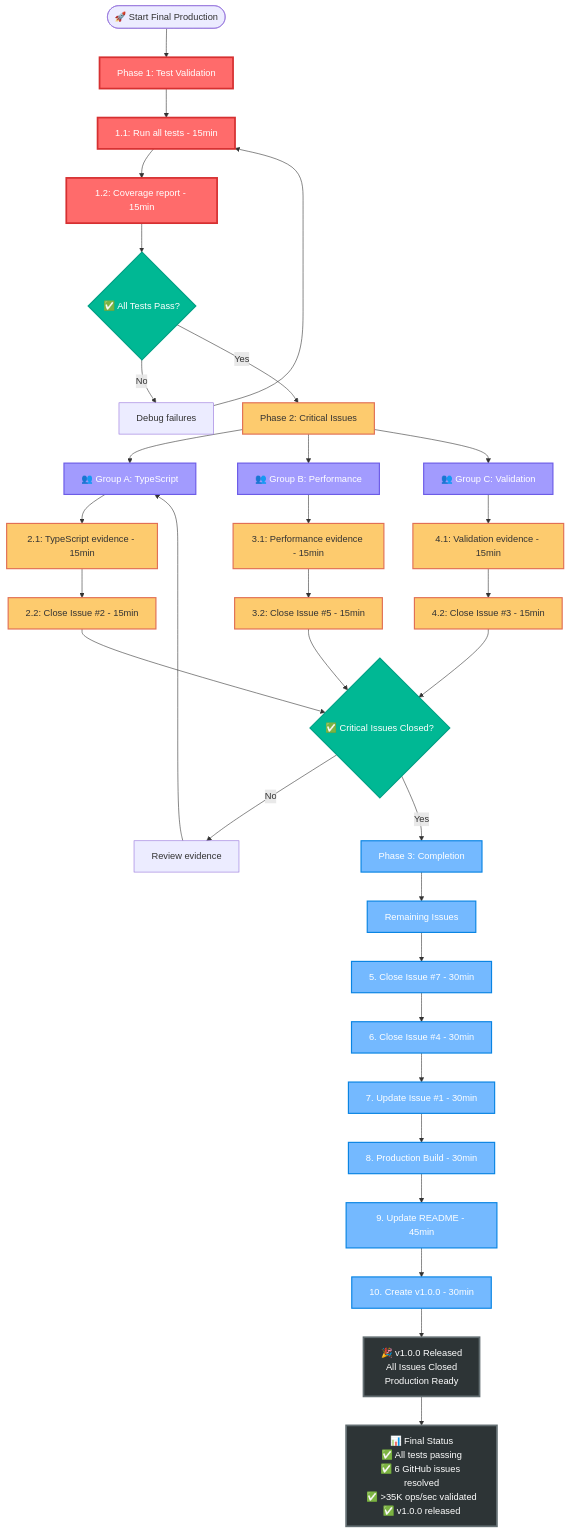
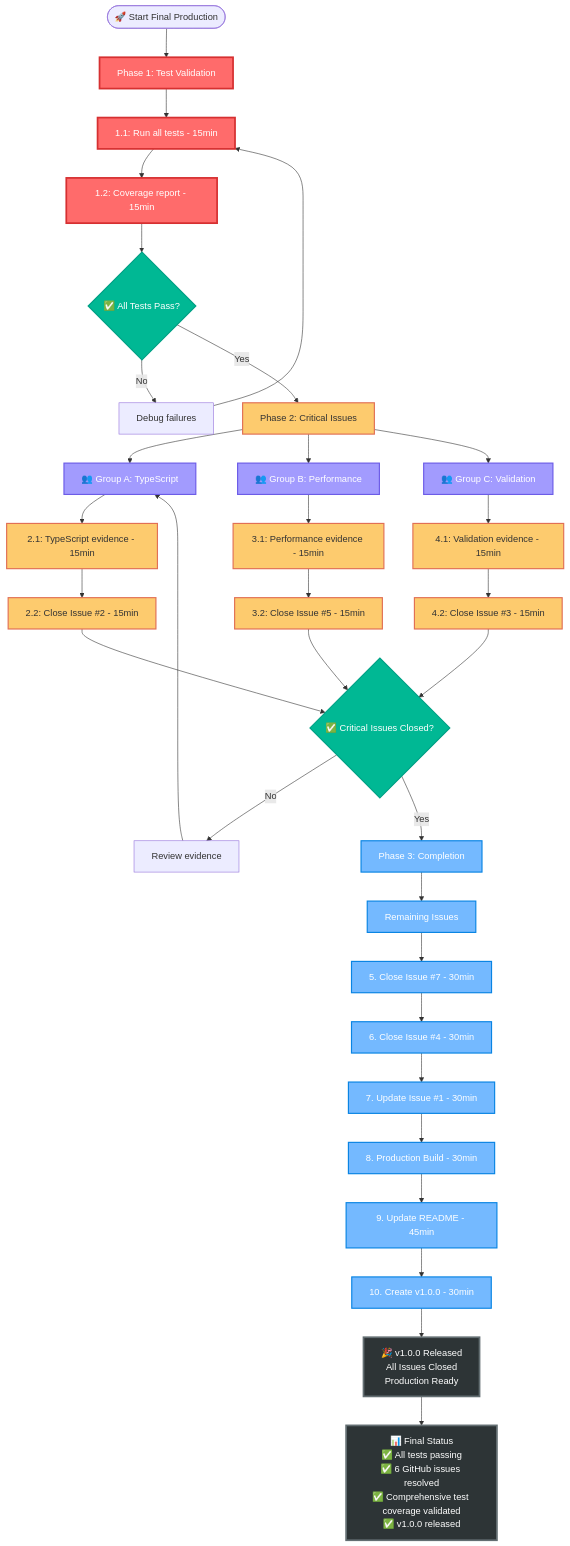
Before and after one commit to LarsArtmann/typespec-asyncapi: the diagram in docs/planning/2025-08-30_17_20-FINAL_PRODUCTION_PLAN.md, drawn with Mermaid. The commit also changed other lines of this file and 24 other files, not shown here.

````diff
--- a/docs/planning/2025-08-30_17_20-FINAL_PRODUCTION_PLAN.md
+++ b/docs/planning/2025-08-30_17_20-FINAL_PRODUCTION_PLAN.md
@@ -104,61 +104,61 @@
 ```mermaid
 graph TD
     %% PHASE 1: CRITICAL VALIDATION
     Start([🚀 Start Final Production]) --> P1[Phase 1: Test Validation]
     P1 --> T1_1[1.1: Run all tests - 15min]
     T1_1 --> T1_2[1.2: Coverage report - 15min]
     T1_2 --> Gate1{✅ All Tests Pass?}
     Gate1 -->|No| Debug[Debug failures]
     Debug --> T1_1
     Gate1 -->|Yes| P2[Phase 2: Critical Issues]
     
     %% PHASE 2: HIGH-IMPACT GITHUB CLOSURES
     P2 --> GroupA[👥 Group A: TypeScript]
     P2 --> GroupB[👥 Group B: Performance]  
     P2 --> GroupC[👥 Group C: Validation]
     
     GroupA --> T2_1[2.1: TypeScript evidence - 15min]
     T2_1 --> T2_2[2.2: Close Issue #2 - 15min]
     
     GroupB --> T3_1[3.1: Performance evidence - 15min]
     T3_1 --> T3_2[3.2: Close Issue #5 - 15min]
     
     GroupC --> T4_1[4.1: Validation evidence - 15min]
     T4_1 --> T4_2[4.2: Close Issue #3 - 15min]
     
     T2_2 --> Gate2{✅ Critical Issues Closed?}
     T3_2 --> Gate2
     T4_2 --> Gate2
     Gate2 -->|No| Review[Review evidence]
     Review --> GroupA
     Gate2 -->|Yes| P3[Phase 3: Completion]
     
     %% PHASE 3: SYSTEMATIC COMPLETION
     P3 --> Remaining[Remaining Issues]
     Remaining --> T5[5. Close Issue #7 - 30min]
     T5 --> T6[6. Close Issue #4 - 30min]
     T6 --> T7[7. Update Issue #1 - 30min]
     T7 --> Build[8. Production Build - 30min]
     Build --> Docs[9. Update README - 45min]
     Docs --> Release[10. Create v1.0.0 - 30min]
     
     Release --> Complete[🎉 v1.0.0 Released<br/>All Issues Closed<br/>Production Ready]
     
     %% SUMMARY
-    Complete --> Summary[📊 Final Status<br/>✅ All tests passing<br/>✅ 6 GitHub issues resolved<br/>✅ >35K ops/sec validated<br/>✅ v1.0.0 released]
+    Complete --> Summary[📊 Final Status<br/>✅ All tests passing<br/>✅ 6 GitHub issues resolved<br/>✅ Comprehensive test coverage validated<br/>✅ v1.0.0 released]
     
     %% STYLING
     classDef critical fill:#ff6b6b,stroke:#d63031,stroke-width:3px,color:#fff
     classDef high fill:#fdcb6e,stroke:#e17055,stroke-width:2px
     classDef medium fill:#74b9ff,stroke:#0984e3,stroke-width:2px,color:#fff
     classDef parallel fill:#a29bfe,stroke:#6c5ce7,stroke-width:2px,color:#fff
     classDef gate fill:#00b894,stroke:#00a085,stroke-width:2px,color:#fff
     classDef complete fill:#2d3436,stroke:#636e72,stroke-width:3px,color:#fff
     
     class P1,T1_1,T1_2 critical
     class P2,GroupA,GroupB,GroupC,T2_1,T2_2,T3_1,T3_2,T4_1,T4_2 high
     class P3,Remaining,T5,T6,T7,Build,Docs,Release medium
     class GroupA,GroupB,GroupC parallel
     class Gate1,Gate2 gate
     class Complete,Summary complete
 ```
````
